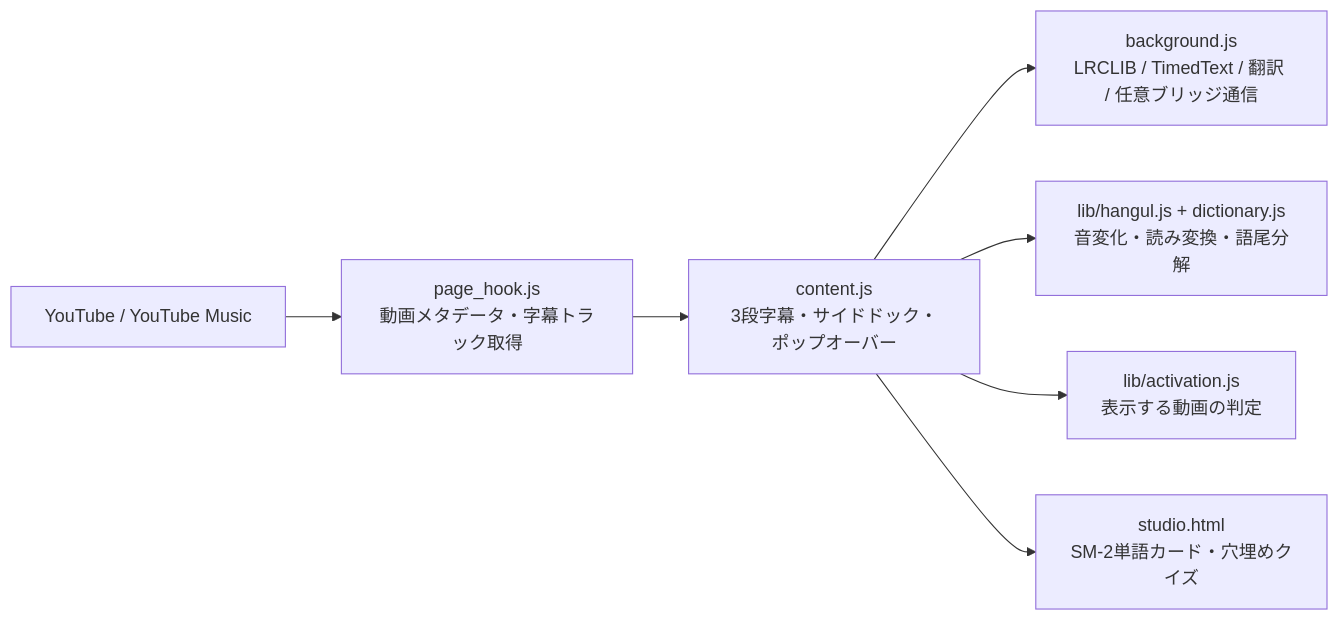
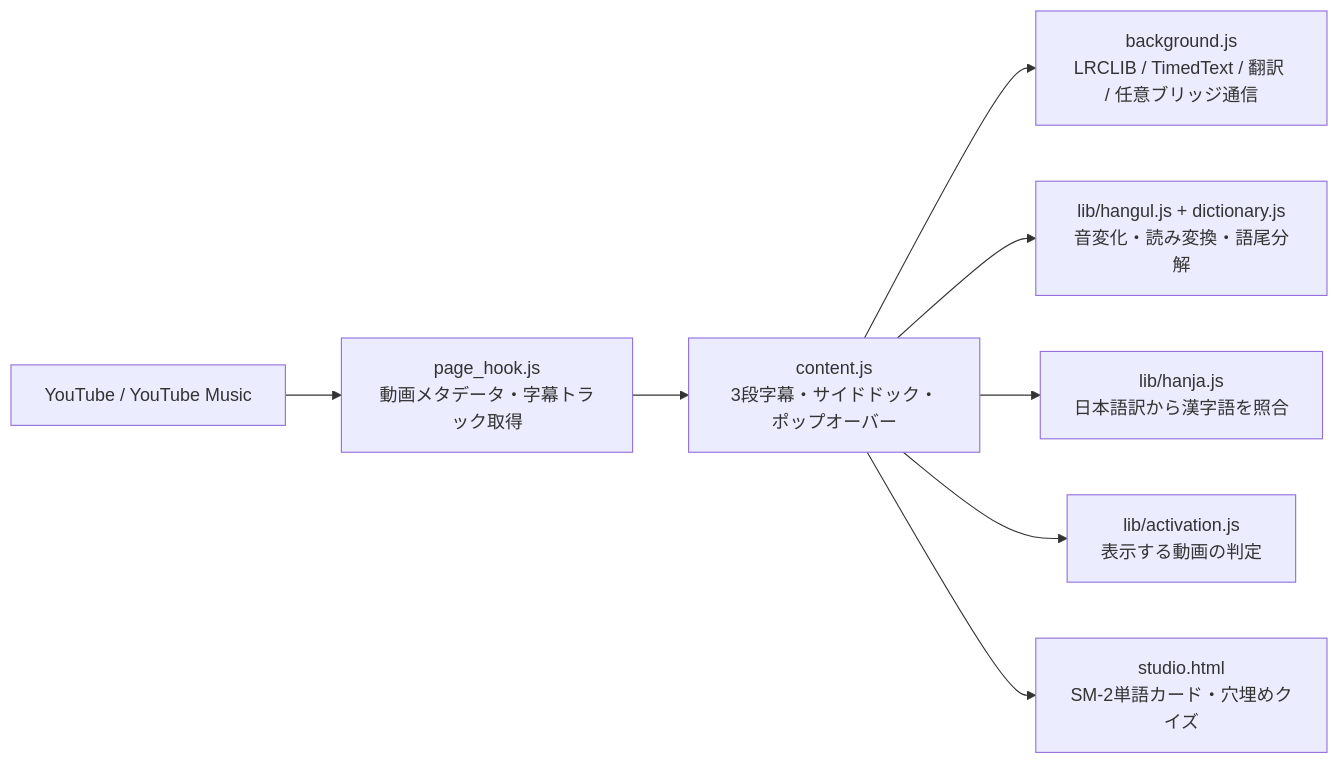
One commit to sp9r/k-lyric-studio changed the diagram in README.md. Above: the diagram before and after it, drawn with Mermaid. The commit also changed other lines of this file and 14 other files, not shown here.

````diff
--- a/README.md
+++ b/README.md
@@ -44,9 +48,10 @@
 ```mermaid
 flowchart LR
     YT["YouTube / YouTube Music"] --> PH["page_hook.js<br/>動画メタデータ・字幕トラック取得"]
     PH --> CS["content.js<br/>3段字幕・サイドドック・ポップオーバー"]
     CS --> BG["background.js<br/>LRCLIB / TimedText / 翻訳 / 任意ブリッジ通信"]
     CS --> ENG["lib/hangul.js + dictionary.js<br/>音変化・読み変換・語尾分解"]
+    CS --> HJ["lib/hanja.js<br/>日本語訳から漢字語を照合"]
     CS --> ACT["lib/activation.js<br/>表示する動画の判定"]
     CS --> ST["studio.html<br/>SM-2単語カード・穴埋めクイズ"]
 ```
````
